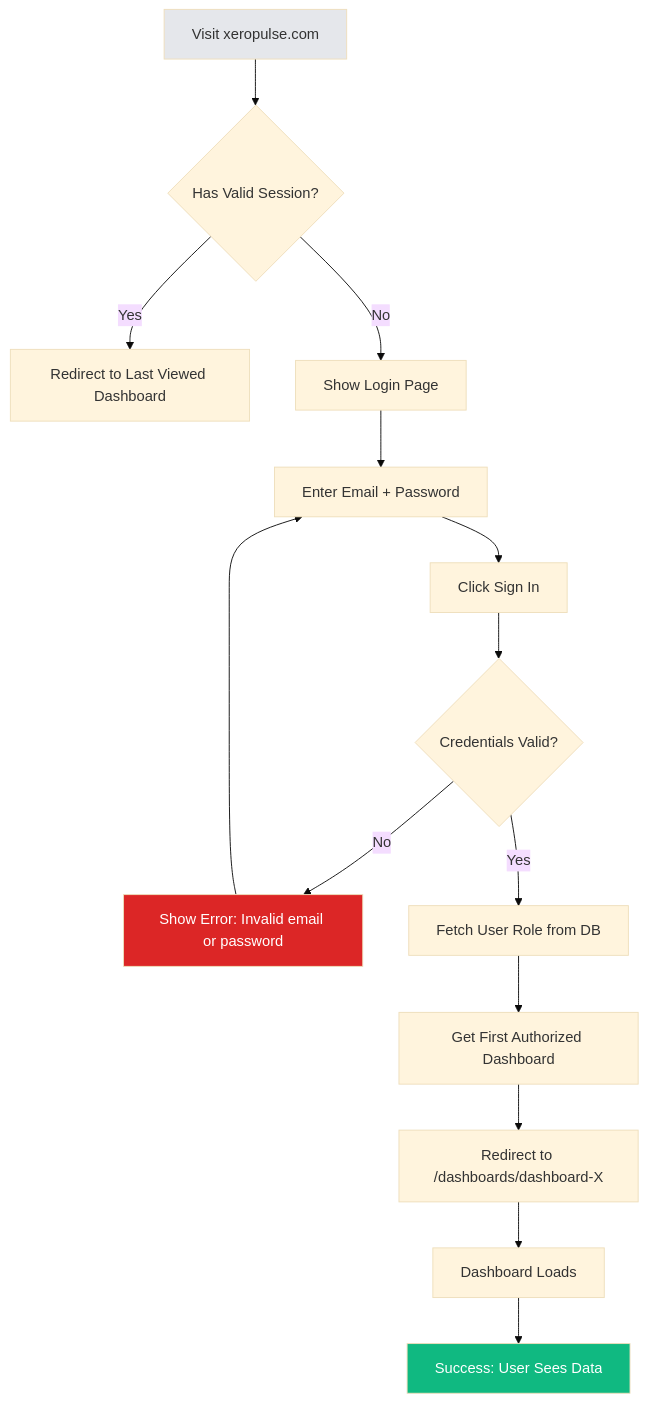
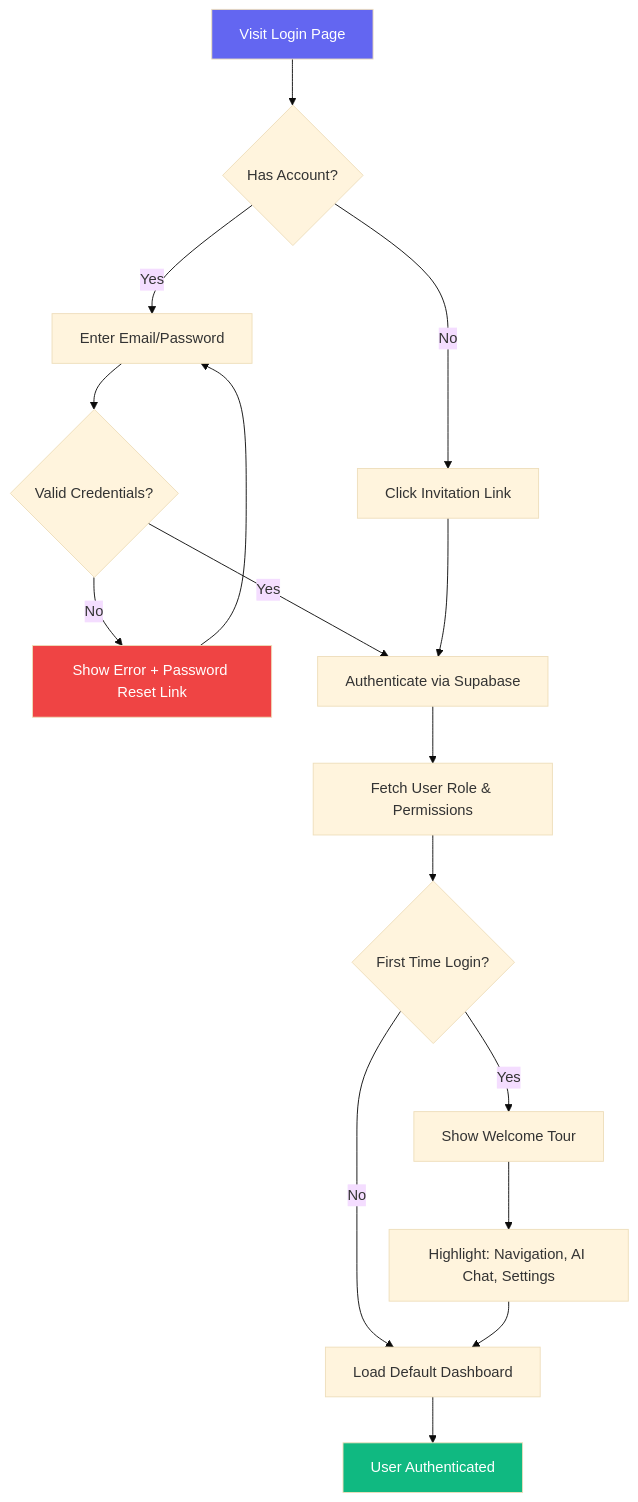
Before and after one commit to CoralShades/XeroPulse-V2: the second of 5 diagrams in docs/front-end-spec.md, drawn with Mermaid (base theme). The commit also changed other lines of this file and 73 other files, not shown here.

````diff
--- a/docs/front-end-spec.md
+++ b/docs/front-end-spec.md
@@ -184,20 +121,29 @@
 ```mermaid
 graph TD
-    A[Visit xeropulse.com] --> B{Has Valid Session?}
-    B -->|Yes| C[Redirect to Last Viewed Dashboard]
-    B -->|No| D[Show Login Page]
-    D --> E[Enter Email + Password]
-    E --> F[Click Sign In]
-    F --> G{Credentials Valid?}
-    G -->|No| H[Show Error: Invalid email or password]
-    H --> E
-    G -->|Yes| I[Fetch User Role from DB]
-    I --> J[Get First Authorized Dashboard]
-    J --> K[Redirect to /dashboards/dashboard-X]
-    K --> L[Dashboard Loads]
-    L --> M[Success: User Sees Data]
+    A[Visit Login Page] --> B{Has Account?}
+    B -->|Yes| C[Enter Email/Password]
+    B -->|No| D[Click Invitation Link]
 
-    style A fill:#E5E7EB
+    C --> E{Valid Credentials?}
+    E -->|No| F[Show Error + Password Reset Link]
+    E -->|Yes| G[Authenticate via Supabase]
+
+    D --> G
+
+    F --> C
+
+    G --> H[Fetch User Role & Permissions]
+    H --> I{First Time Login?}
+
+    I -->|Yes| J[Show Welcome Tour]
+    I -->|No| K[Load Default Dashboard]
+
+    J --> L[Highlight: Navigation, AI Chat, Settings]
+    L --> K
+
+    K --> M[User Authenticated]
+
+    style A fill:#6366F1,color:#fff
     style M fill:#10B981,color:#fff
-    style H fill:#DC2626,color:#fff
+    style F fill:#EF4444,color:#fff
 ```
````
